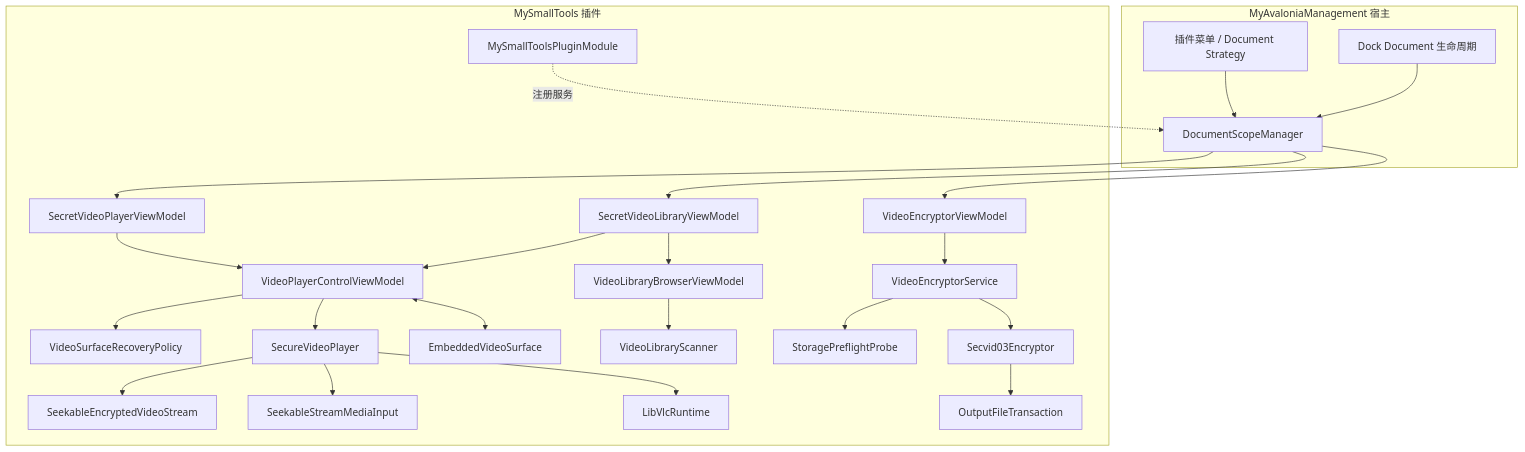
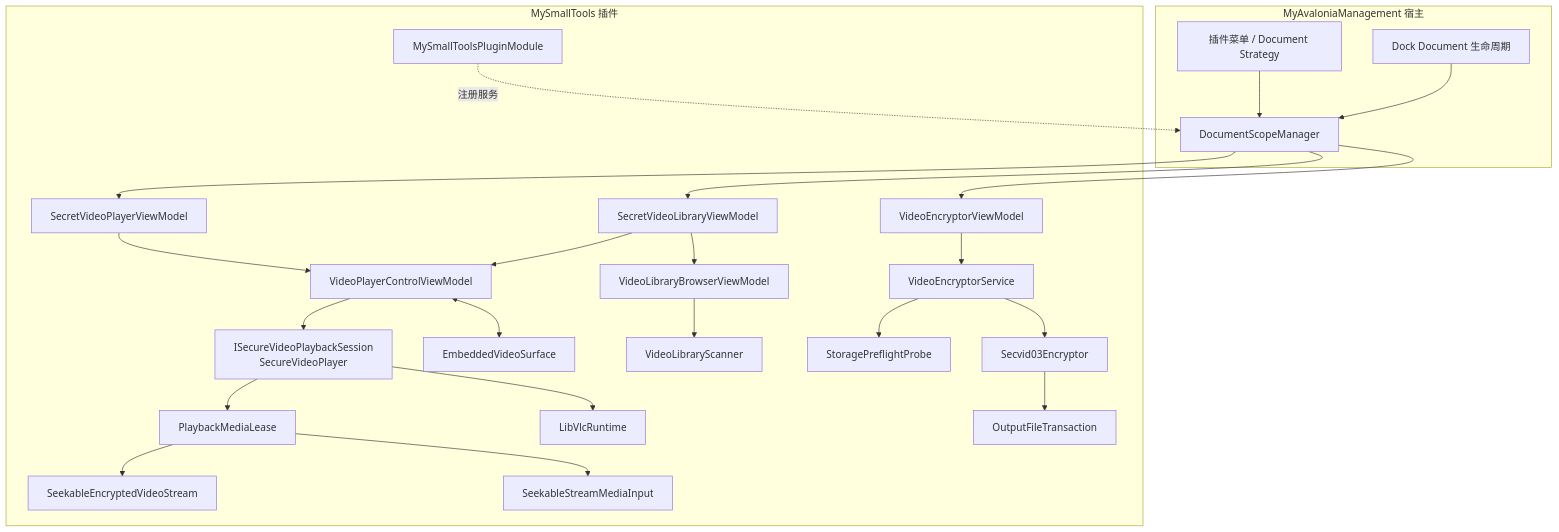
The first of 6 diagrams in Plugins/MySmallTools/MySmallTools/docs/secret-video-player/architecture-design.md (crownclowngx/avalonia_dock_simple_test), drawn with Mermaid before and after one commit. The commit also changed other lines of this file and 26 other files, not shown here.

````diff
--- a/Plugins/MySmallTools/MySmallTools/docs/secret-video-player/architecture-design.md
+++ b/Plugins/MySmallTools/MySmallTools/docs/secret-video-player/architecture-design.md
@@ -33,49 +33,49 @@
 ```mermaid
 flowchart TB
     subgraph Host["MyAvaloniaManagement 宿主"]
         Menu["插件菜单 / Document Strategy"]
         ScopeManager["DocumentScopeManager"]
         Dock["Dock Document 生命周期"]
     end
 
     subgraph Plugin["MySmallTools 插件"]
         Module["MySmallToolsPluginModule"]
         PlayerDoc["SecretVideoPlayerViewModel"]
         LibraryDoc["SecretVideoLibraryViewModel"]
         BrowserVM["VideoLibraryBrowserViewModel"]
         Scanner["VideoLibraryScanner"]
         EncryptDoc["VideoEncryptorViewModel"]
         PlayerVM["VideoPlayerControlViewModel"]
-        Recovery["VideoSurfaceRecoveryPolicy"]
-        Player["SecureVideoPlayer"]
+        Player["ISecureVideoPlaybackSession<br/>SecureVideoPlayer"]
+        Lease["PlaybackMediaLease"]
         EncryptService["VideoEncryptorService"]
         Encryptor["Secvid03Encryptor"]
         Preflight["StoragePreflightProbe"]
         Transaction["OutputFileTransaction"]
         Stream["SeekableEncryptedVideoStream"]
         Input["SeekableStreamMediaInput"]
         Runtime["LibVlcRuntime"]
         Surface["EmbeddedVideoSurface"]
     end
 
     Menu --> ScopeManager
     Dock --> ScopeManager
     Module -.->|注册服务| ScopeManager
     ScopeManager --> PlayerDoc
     ScopeManager --> LibraryDoc
     ScopeManager --> EncryptDoc
     PlayerDoc --> PlayerVM
     LibraryDoc --> PlayerVM
     LibraryDoc --> BrowserVM
     BrowserVM --> Scanner
-    PlayerVM --> Recovery
     PlayerVM --> Player
-    Player --> Stream
-    Player --> Input
+    Player --> Lease
+    Lease --> Stream
+    Lease --> Input
     Player --> Runtime
     PlayerVM <--> Surface
     EncryptDoc --> EncryptService
     EncryptService --> Preflight
     EncryptService --> Encryptor
     Encryptor --> Transaction
 ```
````
